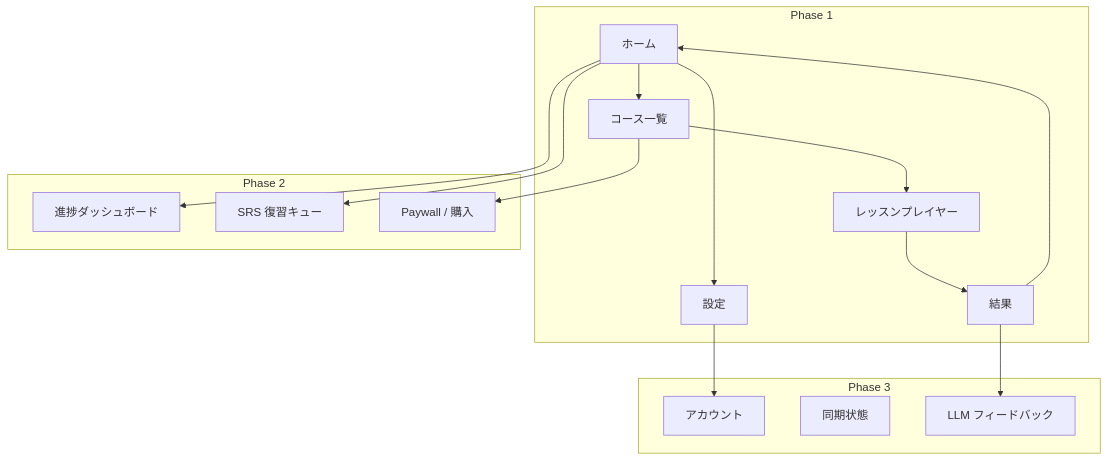
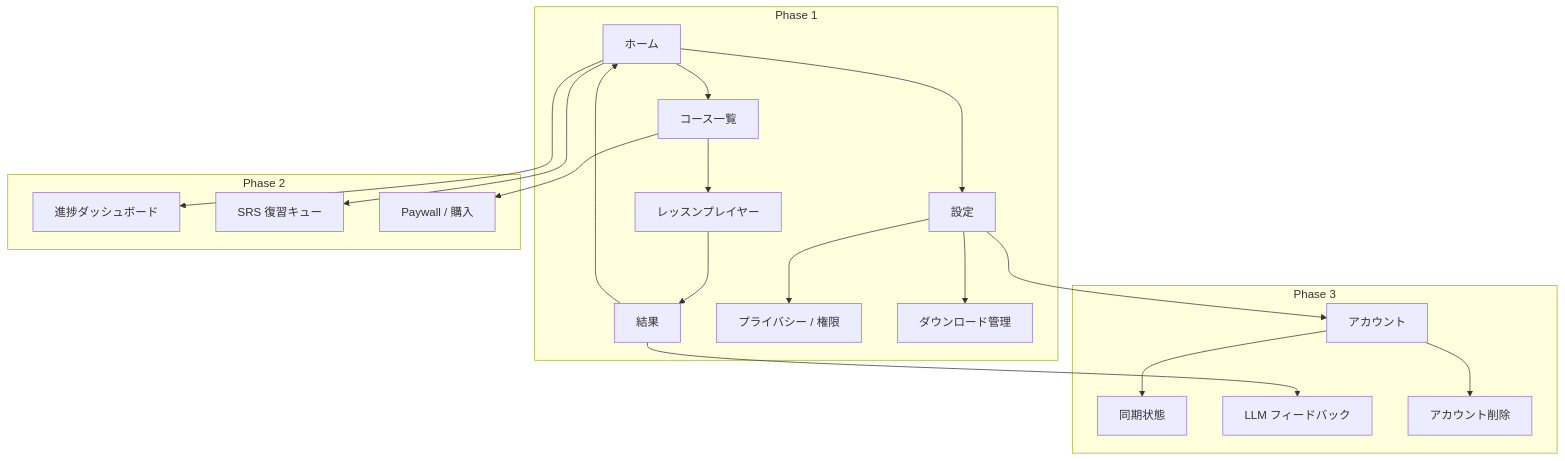
The fourth of 4 diagrams in docs/product-overview.md (Kyogo73/SnapSpeak), drawn with Mermaid before and after one commit. The commit also changed other lines of this file and 3 other files, not shown here.

Commit message:
Apply review feedback: audio routing policy, on-device ASR requirement, phase alignment, privacy/App Store requirements, SRS sync via append-only events

````diff
--- a/docs/product-overview.md
+++ b/docs/product-overview.md
@@ -217,30 +246,37 @@
 ```mermaid
 flowchart TB
-  subgraph phase1 [Phase 1]
-    Home[ホーム]
-    Catalog[コース一覧]
-    Lesson[レッスンプレイヤー]
-    Result[結果]
-    Settings[設定]
+  subgraph phase1 ["Phase 1"]
+    Home["ホーム"]
+    Catalog["コース一覧"]
+    Lesson["レッスンプレイヤー"]
+    Result["結果"]
+    Settings["設定"]
+    Privacy["プライバシー / 権限"]
+    Downloads["ダウンロード管理"]
     Home --> Catalog
     Catalog --> Lesson
     Lesson --> Result
     Result --> Home
     Home --> Settings
+    Settings --> Privacy
+    Settings --> Downloads
   end
-  subgraph phase2 [Phase 2]
-    Dash[進捗ダッシュボード]
-    Review[SRS 復習キュー]
-    Paywall[Paywall / 購入]
+  subgraph phase2 ["Phase 2"]
+    Dash["進捗ダッシュボード"]
+    Review["SRS 復習キュー"]
+    Paywall["Paywall / 購入"]
     Home --> Dash
     Home --> Review
     Catalog --> Paywall
   end
-  subgraph phase3 [Phase 3]
-    Account[アカウント]
-    Sync[同期状態]
-    Feedback[LLM フィードバック]
+  subgraph phase3 ["Phase 3"]
+    Account["アカウント"]
+    Sync["同期状態"]
+    Feedback["LLM フィードバック"]
+    DeleteAcc["アカウント削除"]
     Settings --> Account
+    Account --> Sync
+    Account --> DeleteAcc
     Result --> Feedback
   end
 ```
````
